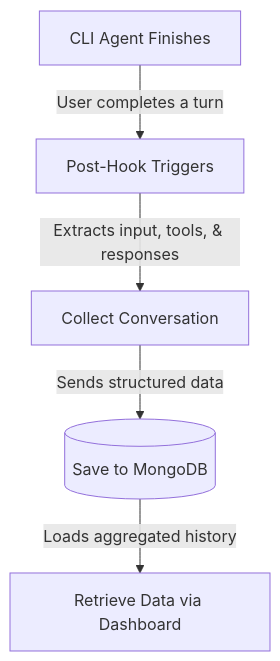
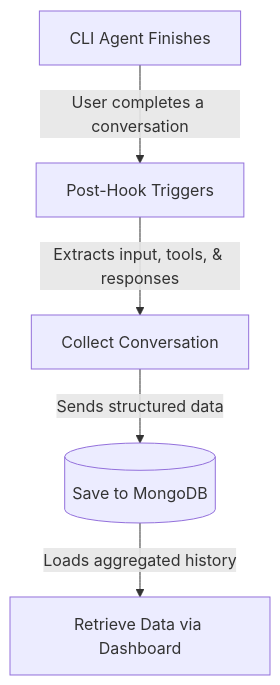
Before and after one commit to ykamoji/Agent-CLI-Chats-Dashabord: the diagram in README.md, drawn with Mermaid. The commit also changed 10 other files, not shown here.

````diff
--- a/README.md
+++ b/README.md
@@ -23,7 +23,7 @@
 ```mermaid
 flowchart TD
-    A["CLI Agent Finishes"] -->|"User completes a turn"| B["Post-Hook Triggers"]
+    A["CLI Agent Finishes"] -->|"User completes a conversation"| B["Post-Hook Triggers"]
     B -->|"Extracts input, tools, & responses"| C["Collect Conversation"]
     C -->|"Sends structured data"| D[("Save to MongoDB")]
     D -->|"Loads aggregated history"| E["Retrieve Data via Dashboard"]
 ```
````
